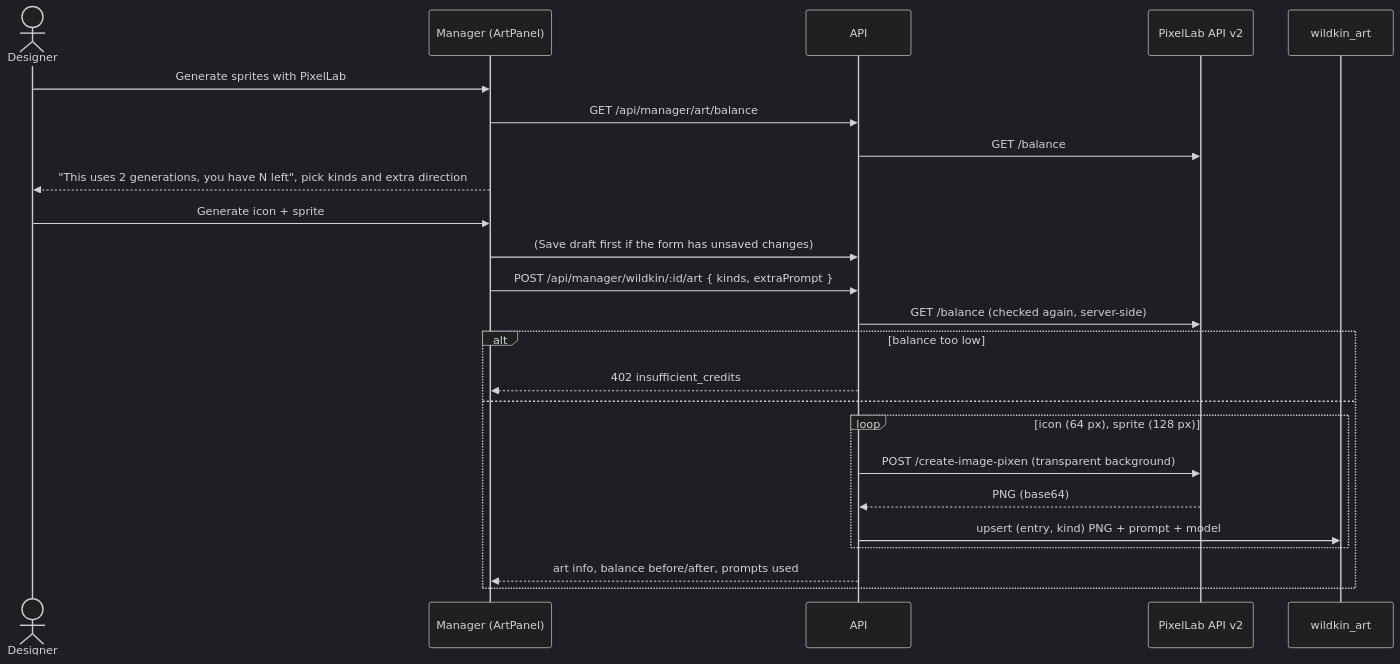
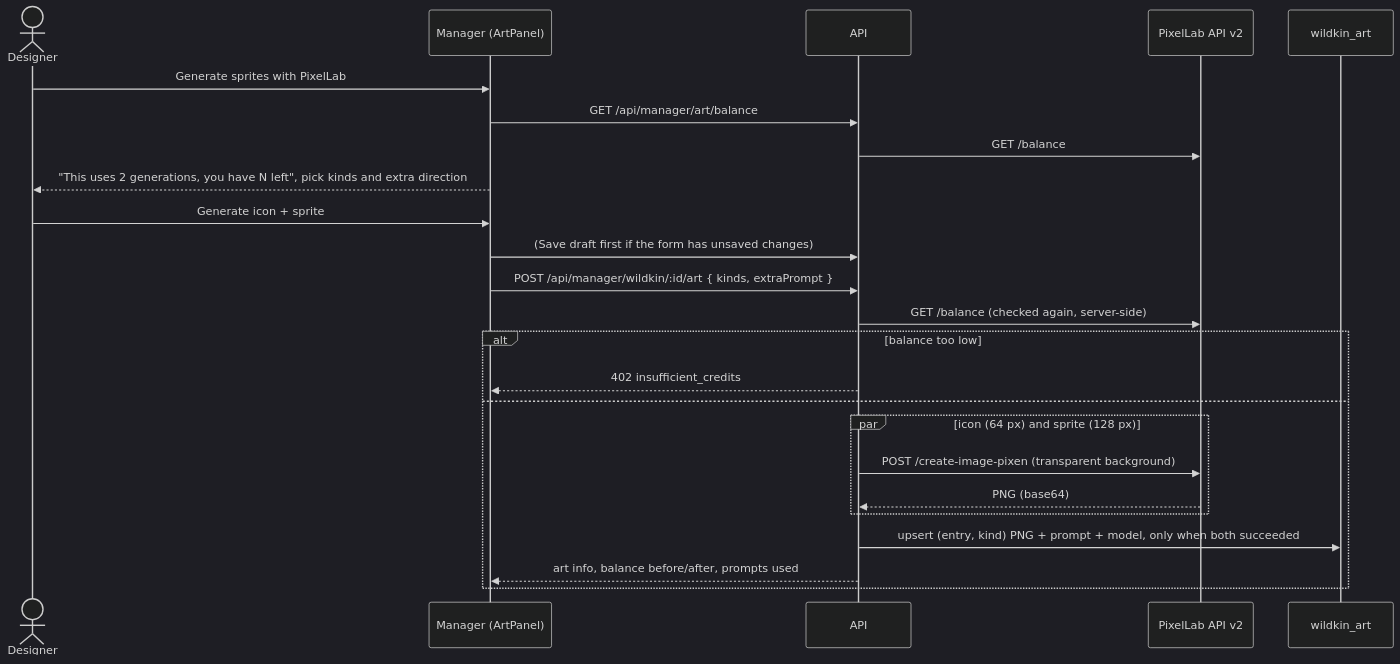
The fifth of 5 diagrams in docs/13-creature-manager.md (samceracas/wildbound), drawn with Mermaid (dark theme) before and after one commit. The commit also changed other lines of this file and 23 other files, not shown here.

````diff
--- a/docs/13-creature-manager.md
+++ b/docs/13-creature-manager.md
@@ -329,26 +359,26 @@
 ```mermaid
 sequenceDiagram
     actor D as Designer
     participant M as Manager (ArtPanel)
     participant A as API
     participant P as PixelLab API v2
     participant DB as wildkin_art
     D->>M: Generate sprites with PixelLab
     M->>A: GET /api/manager/art/balance
     A->>P: GET /balance
     M-->>D: "This uses 2 generations, you have N left", pick kinds and extra direction
     D->>M: Generate icon + sprite
     M->>A: (Save draft first if the form has unsaved changes)
     M->>A: POST /api/manager/wildkin/:id/art { kinds, extraPrompt }
     A->>P: GET /balance (checked again, server-side)
     alt balance too low
         A-->>M: 402 insufficient_credits
     else
-        loop icon (64 px), sprite (128 px)
+        par icon (64 px) and sprite (128 px)
             A->>P: POST /create-image-pixen (transparent background)
             P-->>A: PNG (base64)
-            A->>DB: upsert (entry, kind) PNG + prompt + model
         end
+        A->>DB: upsert (entry, kind) PNG + prompt + model, only when both succeeded
         A-->>M: art info, balance before/after, prompts used
     end
 ```
````
